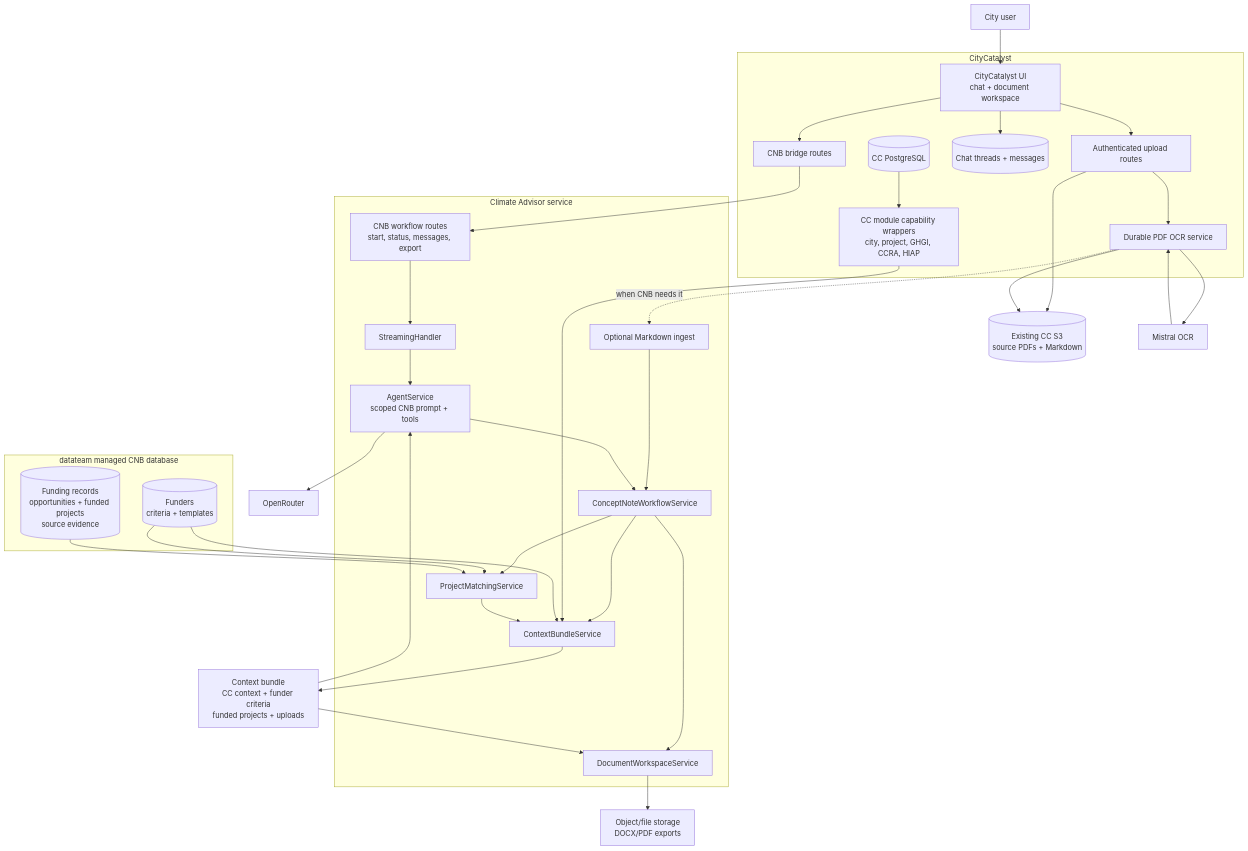
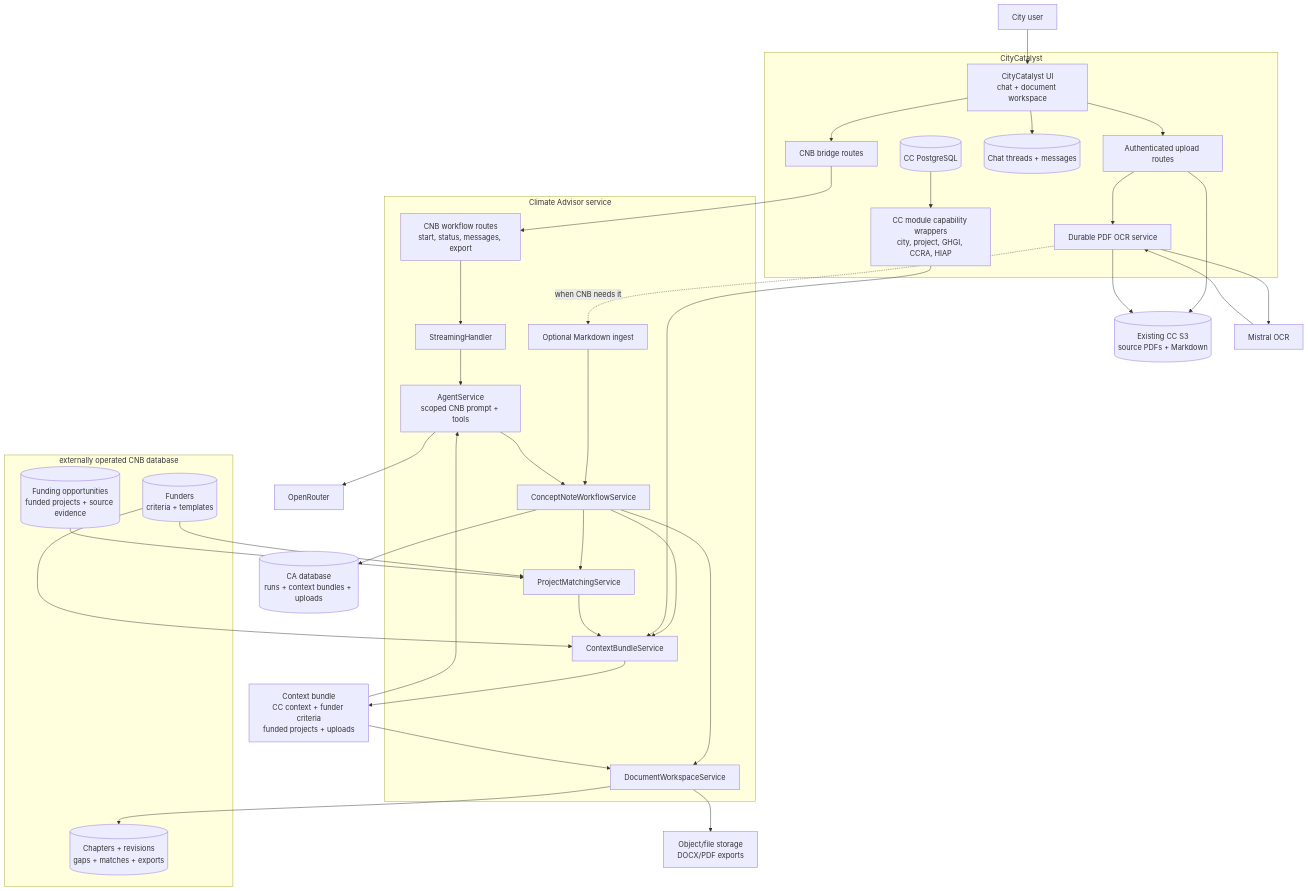
Before and after one commit to Open-Earth-Foundation/CityCatalyst: the first of 14 diagrams in docs/ConceptNoteBuilderArchitecture.md, drawn with Mermaid. The commit also changed other lines of this file and 67 other files, not shown here.

First line of the commit message:
CC-557 Establish the CNB database (#2968)

````diff
--- a/docs/ConceptNoteBuilderArchitecture.md
+++ b/docs/ConceptNoteBuilderArchitecture.md
@@ -76,66 +82,71 @@
 ```mermaid
 flowchart TB
     User["City user"] --> CCUI["CityCatalyst UI<br/>chat + document workspace"]
 
     subgraph CC["CityCatalyst"]
         CCUI
         CCBridge["CNB bridge routes"]
         CCUpload["Authenticated upload routes"]
         CCOCR["Durable PDF OCR service"]
         CCCaps["CC module capability wrappers<br/>city, project, GHGI, CCRA, HIAP"]
         CCChat[("Chat threads + messages")]
         CCData[("CC PostgreSQL")]
     end
 
     CCFiles[("Existing CC S3<br/>source PDFs + Markdown")]
     Mistral["Mistral OCR"]
 
     subgraph CA["Climate Advisor service"]
         CARoutes["CNB workflow routes<br/>start, status, messages, export"]
         MarkdownIngress["Optional Markdown ingest"]
         Stream["StreamingHandler"]
         Agent["AgentService<br/>scoped CNB prompt + tools"]
         CNBService["ConceptNoteWorkflowService"]
         ContextService["ContextBundleService"]
         DocService["DocumentWorkspaceService"]
         MatchService["ProjectMatchingService"]
     end
 
-    subgraph CNBDB["datateam managed CNB database"]
+    CADB[("CA database<br/>runs + context bundles + uploads")]
+
+    subgraph CNBDB["externally operated CNB database"]
+        WorkspaceDB[("Chapters + revisions<br/>gaps + matches + exports")]
         FunderDB[("Funders<br/>criteria + templates")]
-        ProjectKB[("Funding records<br/>opportunities + funded projects<br/>source evidence")]
+        ProjectKB[("Funding opportunities<br/>funded projects + source evidence")]
     end
 
     ContextBundle["Context bundle<br/>CC context + funder criteria<br/>funded projects + uploads"]
     OpenRouter["OpenRouter"]
     ExportStore["Object/file storage<br/>DOCX/PDF exports"]
 
     CCUI --> CCBridge
     CCUI --> CCChat
     CCUI --> CCUpload
     CCUpload --> CCFiles
     CCUpload --> CCOCR
     CCOCR --> Mistral
     Mistral --> CCOCR
     CCOCR --> CCFiles
     CCOCR -. "when CNB needs it" .-> MarkdownIngress
     MarkdownIngress --> CNBService
     CCBridge --> CARoutes
     CARoutes --> Stream
     Stream --> Agent
     Agent --> CNBService
     CNBService --> ContextService
     CNBService --> DocService
     CNBService --> MatchService
+    CNBService --> CADB
+    DocService --> WorkspaceDB
     CCData --> CCCaps
     CCCaps --> ContextService
     FunderDB --> ContextService
     FunderDB --> MatchService
     ProjectKB --> MatchService
     MatchService --> ContextService
     ContextService --> ContextBundle
     ContextBundle --> Agent
     ContextBundle --> DocService
     DocService --> ExportStore
     Agent --> OpenRouter
 ```
````
